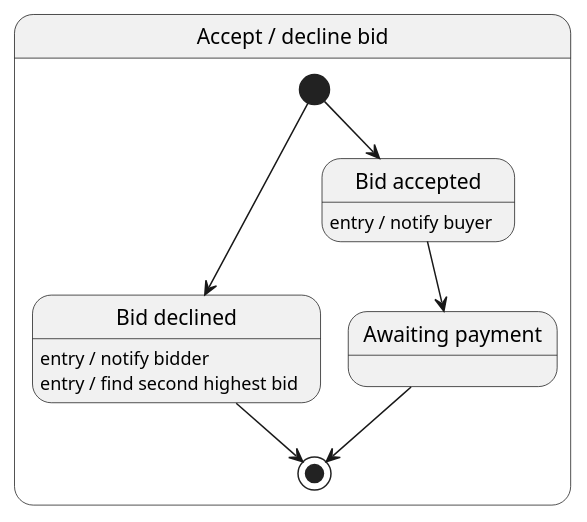
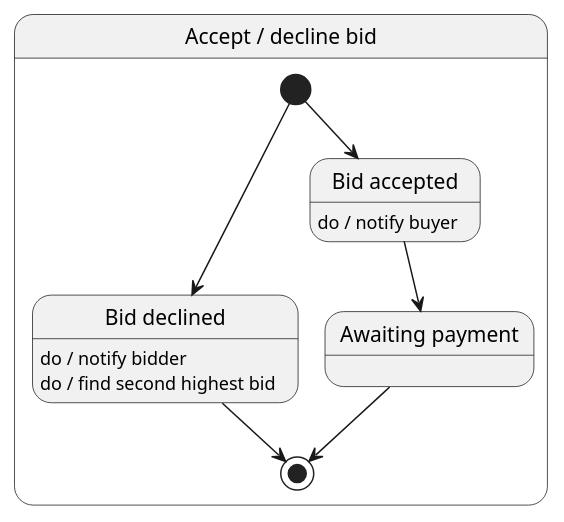
One commit to T-220-VLN2-H2/Code changed the diagram in docs/diagrams/stateDiagrams.pu. Above: the diagram before and after it, drawn with PlantUML.

Commit message:
Fix for release
Þetta var uppfært í LaTeX skjalinu beint

```diff
--- a/docs/diagrams/stateDiagrams.pu
+++ b/docs/diagrams/stateDiagrams.pu
@@ -2,20 +2,20 @@
 @startuml
 state "Accept / decline bid" as confirmBid {
     state "Bid declined" as declineBid
     state "Bid accepted" as acceptBid
     state "Awaiting payment" as awaitingPayment
-    declineBid : entry / notify bidder
-    declineBid : entry / find second highest bid
-    acceptBid : entry / notify buyer
+    declineBid : do / notify bidder
+    declineBid : do / find second highest bid
+    acceptBid : do / notify buyer
 
     [*] --> declineBid
     [*] --> acceptBid
 
     declineBid --> [*]
     acceptBid --> awaitingPayment
 
     awaitingPayment --> [*]
 }
 
 
 @enduml
```
